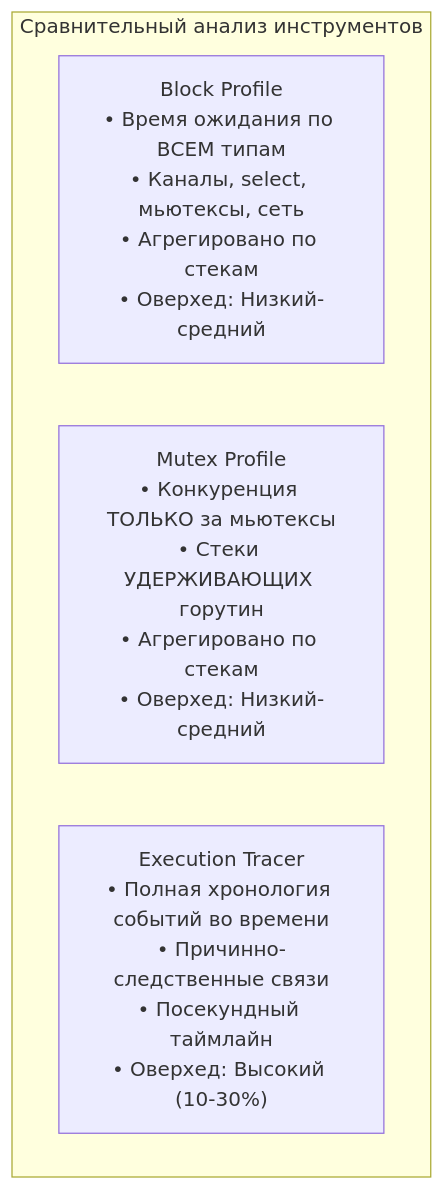
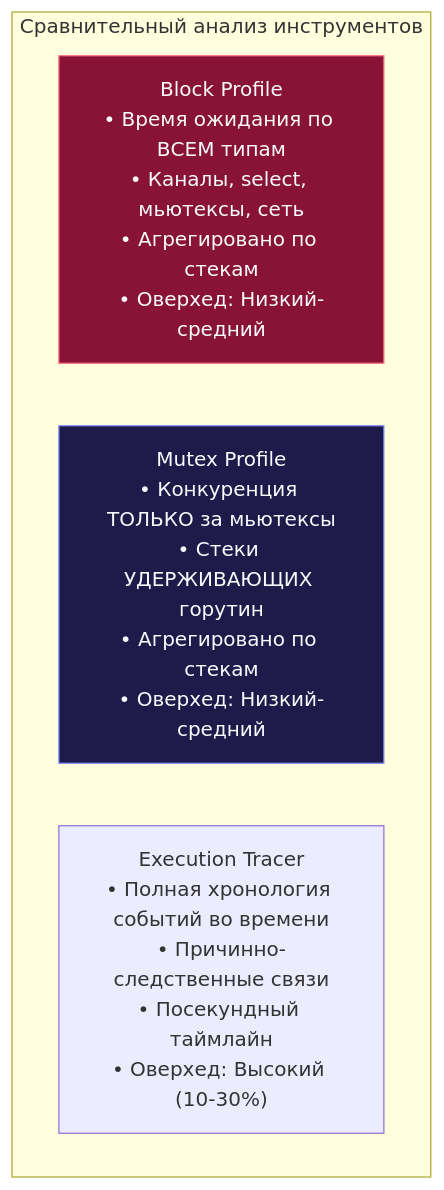
One commit to UnrealTemplier/go-textbook changed the second of 2 diagrams in sources/16. Профилирование, отладка и производительность/08. Runtime и инструменты/5. block profile.md. Above: the diagram before and after it, drawn with Mermaid. The commit also changed other lines of this file and 1666 other files, not shown here.

First line of the commit message:
feat(mermaid): add semantic color classDef to 1369 colorless flowchart/graph diagrams

````diff
--- a/sources/16. Профилирование, отладка и производительность/08. Runtime и инструменты/5. block profile.md
+++ b/sources/16. Профилирование, отладка и производительность/08. Runtime и инструменты/5. block profile.md
@@ -230,8 +240,18 @@
 ```mermaid
 flowchart TD
+    classDef process  fill:#1e293b,stroke:#38bdf8,stroke-width:1px,color:#f8fafc
+    classDef success  fill:#064e3b,stroke:#34d399,stroke-width:1px,color:#f8fafc
+    classDef error    fill:#7f1d1d,stroke:#f87171,stroke-width:1px,color:#f8fafc
+    classDef warning  fill:#78350f,stroke:#fbbf24,stroke-width:1px,color:#f8fafc
+    classDef entry    fill:#1e3a5f,stroke:#38bdf8,stroke-width:2px,color:#f8fafc
+    classDef aux      fill:#334155,stroke:#64748b,stroke-width:1px,color:#f8fafc
+    classDef system   fill:#312e81,stroke:#a78bfa,stroke-width:1px,color:#f8fafc
+    classDef data     fill:#132d29,stroke:#2dd4bf,stroke-width:1px,color:#f8fafc
+    classDef network  fill:#881337,stroke:#fb7185,stroke-width:1px,color:#f8fafc
+    classDef accent   fill:#1e1b4b,stroke:#818cf8,stroke-width:1px,color:#f8fafc
     subgraph Comparison ["Сравнительный анализ инструментов"]
-        BP["Block Profile<br/>• Время ожидания по ВСЕМ типам<br/>• Каналы, select, мьютексы, сеть<br/>• Агрегировано по стекам<br/>• Оверхед: Низкий-средний"]
-        MP["Mutex Profile<br/>• Конкуренция ТОЛЬКО за мьютексы<br/>• Стеки УДЕРЖИВАЮЩИХ горутин<br/>• Агрегировано по стекам<br/>• Оверхед: Низкий-средний"]
+        BP["Block Profile<br/>• Время ожидания по ВСЕМ типам<br/>• Каналы, select, мьютексы, сеть<br/>• Агрегировано по стекам<br/>• Оверхед: Низкий-средний"]:::network
+        MP["Mutex Profile<br/>• Конкуренция ТОЛЬКО за мьютексы<br/>• Стеки УДЕРЖИВАЮЩИХ горутин<br/>• Агрегировано по стекам<br/>• Оверхед: Низкий-средний"]:::accent
         ET["Execution Tracer<br/>• Полная хронология событий во времени<br/>• Причинно-следственные связи<br/>• Посекундный таймлайн<br/>• Оверхед: Высокий (10-30%)"]
     end
 ```
````
